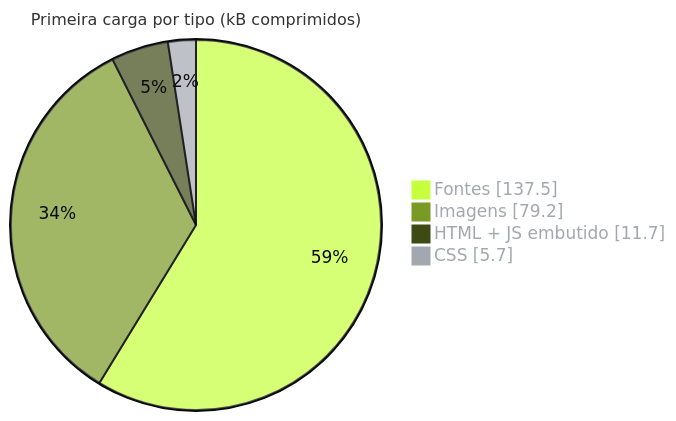
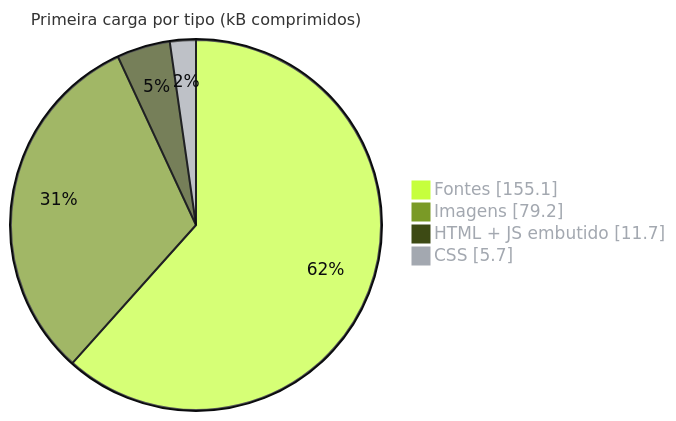
One commit to sondavi1991/meu-site-pessoal changed the first of 2 diagrams in README.md. Above: the diagram before and after it, drawn with Mermaid. The commit also changed other lines of this file and 5 other files, not shown here.

````diff
--- a/README.md
+++ b/README.md
@@ -34,9 +34,9 @@
 ```mermaid
 %%{init: {'theme':'base','themeVariables':{'pie1':'#c6ff3d','pie2':'#7a9a26','pie3':'#3d4a14','pie4':'#a3a8b0','pieStrokeColor':'#0b0c0e','pieOuterStrokeColor':'#0b0c0e','pieTitleTextSize':'16px','pieSectionTextColor':'#0b0c0e','pieLegendTextColor':'#a3a8b0'}}}%%
 pie showData
     title Primeira carga por tipo (kB comprimidos)
-    "Fontes" : 137.5
+    "Fontes" : 155.1
     "Imagens" : 79.2
     "HTML + JS embutido" : 11.7
     "CSS" : 5.7
 ```
````
